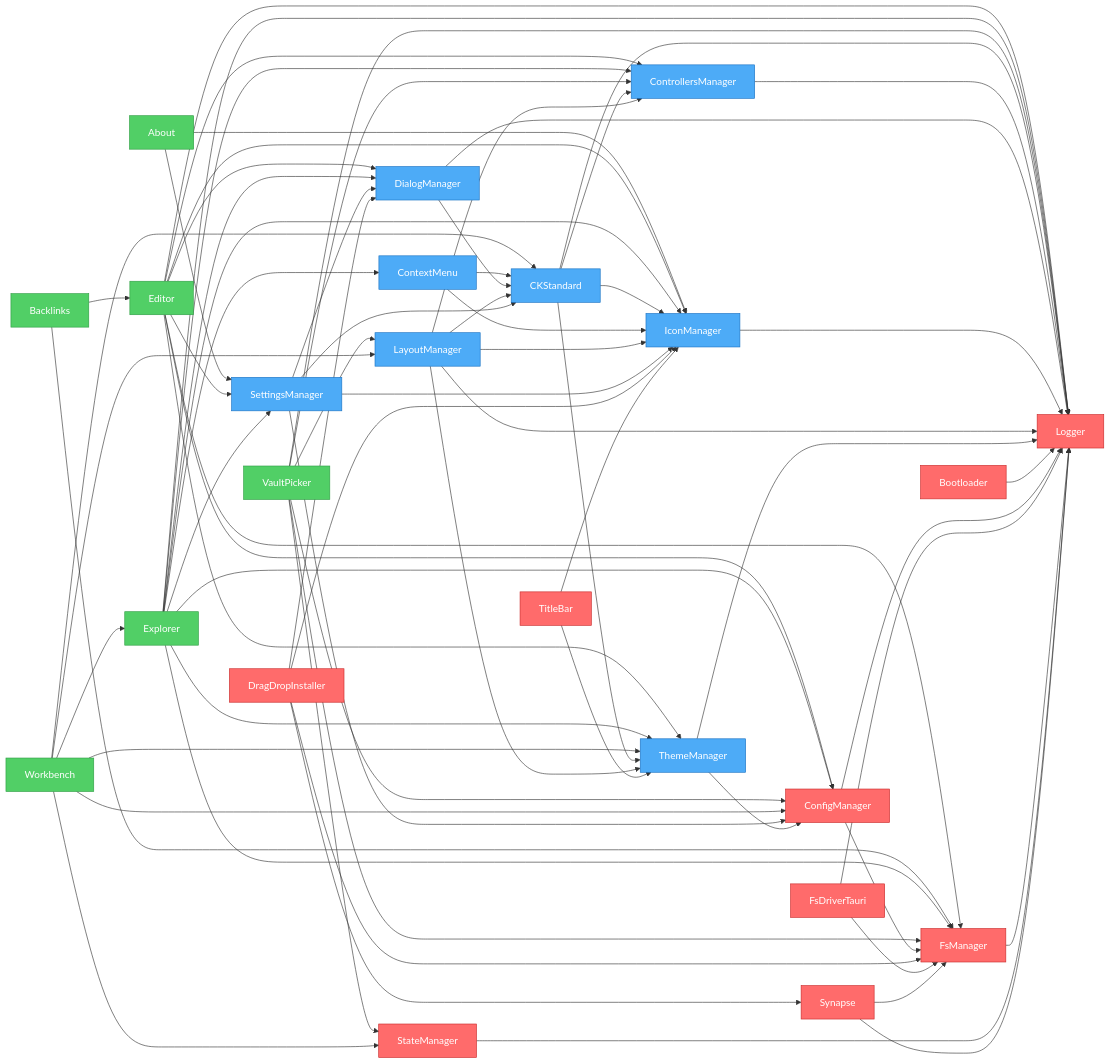
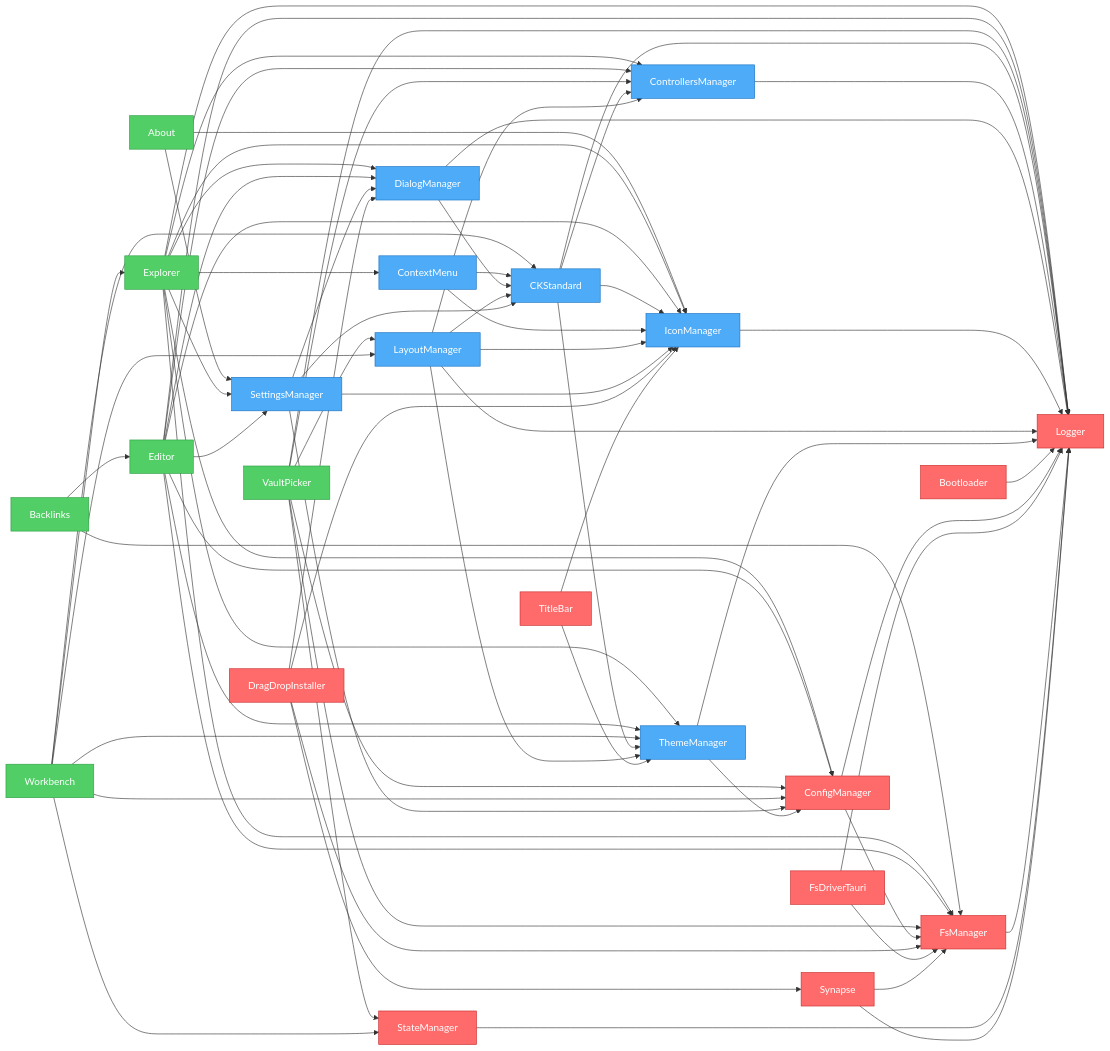
One commit to khton-tech/notehub.md changed the diagram in artifacts/graph.mmd. Above: the diagram before and after it, drawn with Mermaid. The commit also changed 56 other files, not shown here.

Commit message:
feat: Add backlinks feature components and generate a plugin dependency graph.

```diff
--- a/artifacts/graph.mmd
+++ b/artifacts/graph.mmd
@@ -1,102 +1,102 @@
 flowchart LR
     nh_features_about["About"]
-    nh_features_editor["Editor"]
     nh_features_backlinks["Backlinks"]
     nh_features_explorer["Explorer"]
+    nh_features_editor["Editor"]
     nh_features_vault-picker["VaultPicker"]
     nh_features_workbench["Workbench"]
     nh_ui_ck-standard["CKStandard"]
     nh_ui_context-menu["ContextMenu"]
     nh_ui_controllers-manager["ControllersManager"]
     nh_ui_dialog-manager["DialogManager"]
     nh_ui_icon-manager["IconManager"]
     nh_ui_layout-manager["LayoutManager"]
     nh_ui_settings-manager["SettingsManager"]
     nh_ui_theme-manager["ThemeManager"]
     nh_system_bootloader["Bootloader"]
     nh_system_config-manager["ConfigManager"]
     nh_system_drag-drop["DragDropInstaller"]
     nh_system_fs-driver-tauri["FsDriverTauri"]
     nh_system_fs-manager["FsManager"]
     nh_system_logger["Logger"]
     nh_system_state-manager["StateManager"]
     nh_system_synapse["Synapse"]
     nh_system_titlebar["TitleBar"]
     nh_features_about --> nh_ui_settings-manager
     nh_features_about --> nh_ui_icon-manager
-    nh_features_editor --> nh_system_config-manager
-    nh_features_editor --> nh_ui_settings-manager
-    nh_features_editor --> nh_system_fs-manager
-    nh_features_editor --> nh_system_logger
-    nh_features_editor --> nh_ui_controllers-manager
-    nh_features_editor --> nh_ui_dialog-manager
-    nh_features_editor --> nh_ui_icon-manager
-    nh_features_editor --> nh_ui_theme-manager
     nh_features_backlinks --> nh_features_editor
     nh_features_backlinks --> nh_system_fs-manager
     nh_features_explorer --> nh_system_config-manager
     nh_features_explorer --> nh_ui_settings-manager
     nh_features_explorer --> nh_system_fs-manager
     nh_features_explorer --> nh_system_logger
     nh_features_explorer --> nh_ui_controllers-manager
     nh_features_explorer --> nh_ui_icon-manager
     nh_features_explorer --> nh_ui_theme-manager
     nh_features_explorer --> nh_ui_context-menu
     nh_features_explorer --> nh_ui_dialog-manager
+    nh_features_editor --> nh_system_config-manager
+    nh_features_editor --> nh_ui_settings-manager
+    nh_features_editor --> nh_system_fs-manager
+    nh_features_editor --> nh_system_logger
+    nh_features_editor --> nh_ui_controllers-manager
+    nh_features_editor --> nh_ui_dialog-manager
+    nh_features_editor --> nh_ui_icon-manager
+    nh_features_editor --> nh_ui_theme-manager
     nh_features_vault-picker --> nh_system_fs-manager
     nh_features_vault-picker --> nh_system_config-manager
     nh_features_vault-picker --> nh_system_state-manager
     nh_features_vault-picker --> nh_system_logger
     nh_features_vault-picker --> nh_ui_controllers-manager
     nh_features_vault-picker --> nh_ui_layout-manager
     nh_features_workbench --> nh_system_config-manager
     nh_features_workbench --> nh_ui_layout-manager
     nh_features_workbench --> nh_ui_theme-manager
     nh_features_workbench --> nh_ui_ck-standard
     nh_features_workbench --> nh_system_state-manager
     nh_features_workbench --> nh_features_explorer
     nh_ui_ck-standard --> nh_system_logger
     nh_ui_ck-standard --> nh_ui_controllers-manager
     nh_ui_ck-standard --> nh_ui_icon-manager
     nh_ui_ck-standard --> nh_ui_theme-manager
     nh_ui_context-menu --> nh_ui_icon-manager
     nh_ui_context-menu --> nh_ui_ck-standard
     nh_ui_controllers-manager --> nh_system_logger
     nh_ui_dialog-manager --> nh_system_logger
     nh_ui_dialog-manager --> nh_ui_ck-standard
     nh_ui_icon-manager --> nh_system_logger
     nh_ui_layout-manager --> nh_system_logger
     nh_ui_layout-manager --> nh_ui_theme-manager
     nh_ui_layout-manager --> nh_ui_icon-manager
     nh_ui_layout-manager --> nh_ui_controllers-manager
     nh_ui_layout-manager --> nh_ui_ck-standard
     nh_ui_settings-manager --> nh_system_config-manager
     nh_ui_settings-manager --> nh_ui_ck-standard
     nh_ui_settings-manager --> nh_ui_icon-manager
     nh_ui_settings-manager --> nh_ui_dialog-manager
     nh_ui_theme-manager --> nh_system_logger
     nh_ui_theme-manager --> nh_system_config-manager
     nh_system_bootloader --> nh_system_logger
     nh_system_config-manager --> nh_system_logger
     nh_system_config-manager --> nh_system_fs-manager
     nh_system_drag-drop --> nh_ui_icon-manager
     nh_system_drag-drop --> nh_ui_dialog-manager
     nh_system_drag-drop --> nh_system_fs-manager
     nh_system_drag-drop --> nh_system_synapse
     nh_system_fs-driver-tauri --> nh_system_logger
     nh_system_fs-driver-tauri --> nh_system_fs-manager
     nh_system_fs-manager --> nh_system_logger
     nh_system_state-manager --> nh_system_logger
     nh_system_synapse --> nh_system_fs-manager
     nh_system_synapse --> nh_system_logger
     nh_system_titlebar --> nh_ui_icon-manager
     nh_system_titlebar --> nh_ui_theme-manager
 
     %% Styles
     classDef system fill:#ff6b6b,stroke:#c92a2a,color:#fff
     classDef ui fill:#4dabf7,stroke:#1971c2,color:#fff
     classDef feature fill:#51cf66,stroke:#2f9e44,color:#fff
     class nh_features_about,nh_features_backlinks,nh_features_vault-picker feature
-    class nh_features_editor,nh_features_explorer,nh_features_workbench feature
+    class nh_features_explorer,nh_features_editor,nh_features_workbench feature
     class nh_ui_ck-standard,nh_ui_context-menu,nh_ui_controllers-manager,nh_ui_dialog-manager,nh_ui_icon-manager,nh_ui_layout-manager,nh_ui_settings-manager,nh_ui_theme-manager ui
     class nh_system_bootloader,nh_system_config-manager,nh_system_drag-drop,nh_system_fs-driver-tauri,nh_system_fs-manager,nh_system_logger,nh_system_state-manager,nh_system_synapse,nh_system_titlebar system
```
